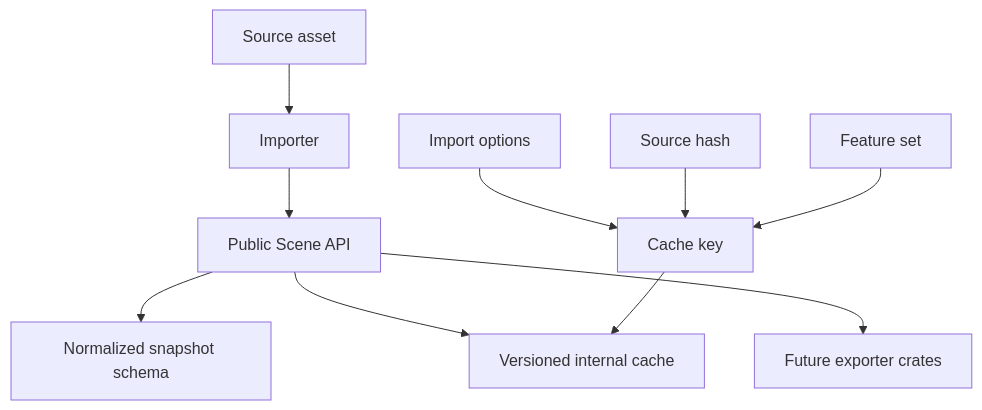
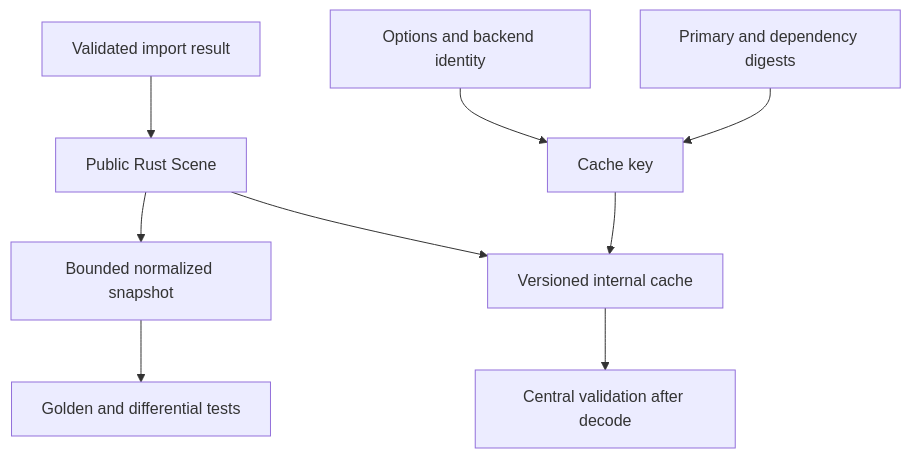
The diagram in docs/adr/0017-serialization-snapshot-and-cache-boundary.md (Latias94/baozi), drawn with Mermaid before and after one commit. The commit also changed other lines of this file and 86 other files, not shown here.

First line of the commit message:
feat(architecture): establish canonical contract authority

````diff
--- a/docs/adr/0017-serialization-snapshot-and-cache-boundary.md
+++ b/docs/adr/0017-serialization-snapshot-and-cache-boundary.md
@@ -45,12 +55,11 @@
 ```mermaid
 flowchart TD
-    Source[Source asset] --> Import[Importer]
-    Import --> Scene[Public Scene API]
-    Scene --> Snapshot[Normalized snapshot schema]
+    Import[Validated import result] --> Scene[Public Rust Scene]
+    Scene --> Snapshot[Bounded normalized snapshot]
     Scene --> Cache[Versioned internal cache]
-    Scene --> Exporter[Future exporter crates]
-    Options[Import options] --> CacheKey[Cache key]
-    SourceHash[Source hash] --> CacheKey
-    FeatureSet[Feature set] --> CacheKey
+    Options[Options and backend identity] --> CacheKey[Cache key]
+    Sources[Primary and dependency digests] --> CacheKey
     CacheKey --> Cache
+    Snapshot --> Tests[Golden and differential tests]
+    Cache --> Validate[Central validation after decode]
 ```
````
